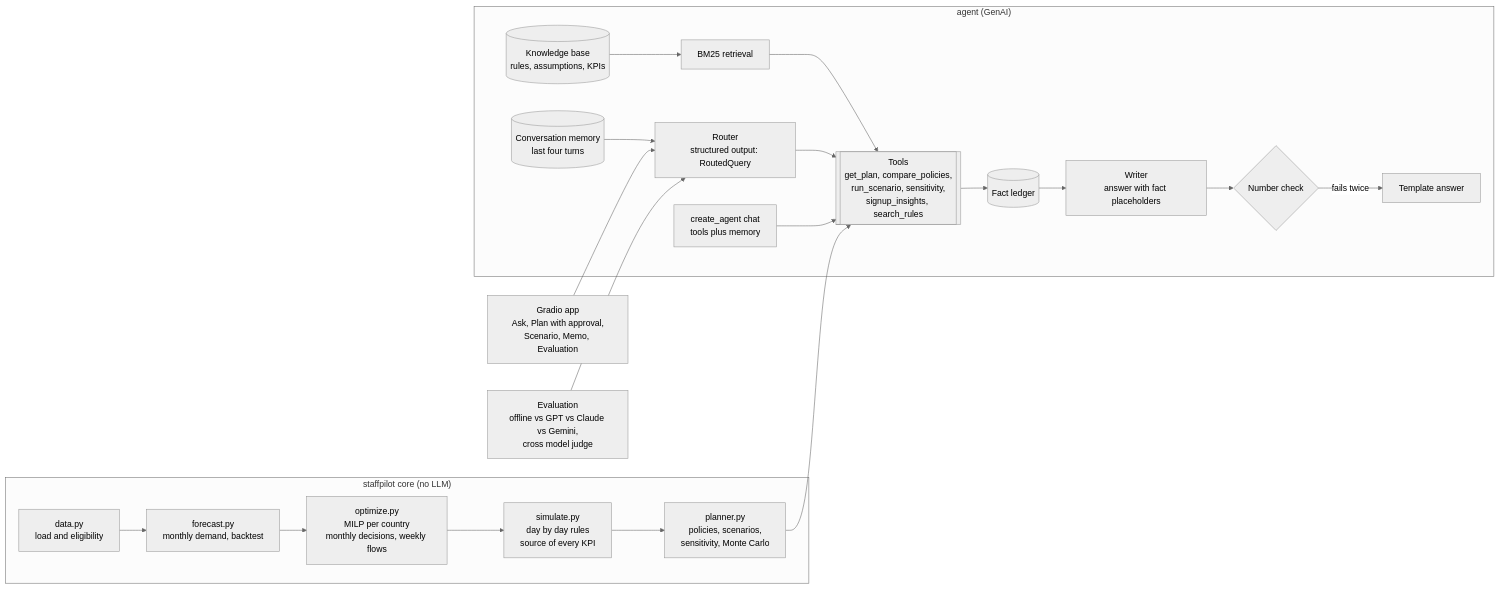
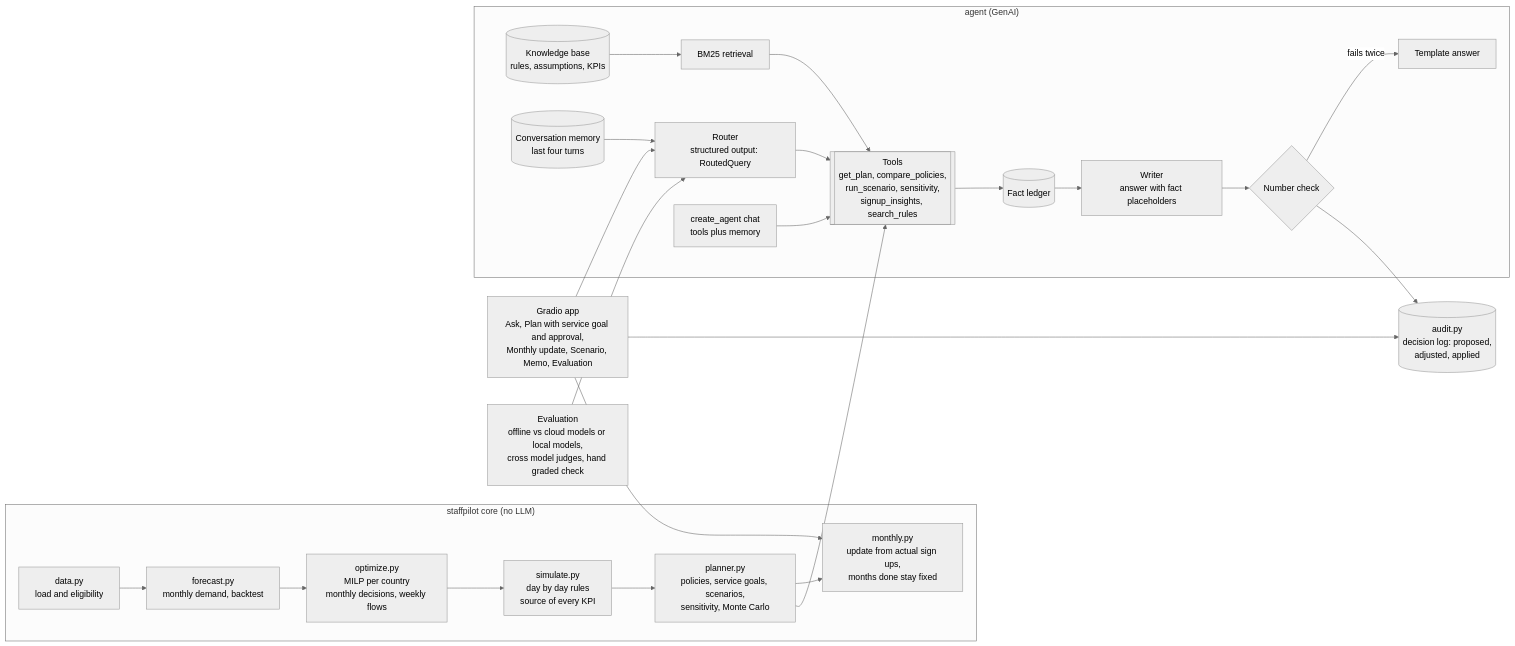
Before and after one commit to lequo-neu/staffpilot: the diagram in README.md, drawn with Mermaid (neutral theme). The commit also changed other lines of this file and 26 other files, not shown here.

First line of the commit message:
Add monthly plan updates, service goals and a decision log

````diff
--- a/README.md
+++ b/README.md
@@ -30,22 +84,26 @@
 ```mermaid
 flowchart LR
   subgraph Core["staffpilot core (no LLM)"]
     D[data.py<br/>load and eligibility] --> F[forecast.py<br/>monthly demand, backtest]
     F --> O[optimize.py<br/>MILP per country<br/>monthly decisions, weekly flows]
     O --> S[simulate.py<br/>day by day rules<br/>source of every KPI]
-    S --> P[planner.py<br/>policies, scenarios,<br/>sensitivity, Monte Carlo]
+    S --> P[planner.py<br/>policies, service goals, scenarios,<br/>sensitivity, Monte Carlo]
+    P --> MU[monthly.py<br/>update from actual sign ups,<br/>months done stay fixed]
   end
   subgraph Agent["agent (GenAI)"]
     R[Router<br/>structured output: RoutedQuery] --> T[[Tools<br/>get_plan, compare_policies,<br/>run_scenario, sensitivity,<br/>signup_insights, search_rules]]
     T --> L[(Fact ledger)]
     L --> W[Writer<br/>answer with fact placeholders]
     W --> V{Number check}
     V -- fails twice --> TF[Template answer]
     K[(Knowledge base<br/>rules, assumptions, KPIs)] --> RAG[BM25 retrieval] --> T
     CA[create_agent chat<br/>tools plus memory] --> T
     M[(Conversation memory<br/>last four turns)] --> R
   end
   P --> T
-  UI[Gradio app<br/>Ask, Plan with approval,<br/>Scenario, Memo, Evaluation] --> R
-  EV[Evaluation<br/>offline vs GPT vs Claude vs Gemini,<br/>cross model judge] --> R
+  UI[Gradio app<br/>Ask, Plan with service goal and approval,<br/>Monthly update, Scenario, Memo, Evaluation] --> R
+  UI --> MU
+  UI --> AU[(audit.py<br/>decision log: proposed,<br/>adjusted, applied)]
+  V --> AU
+  EV[Evaluation<br/>offline vs cloud models or local models,<br/>cross model judges, hand graded check] --> R
 ```
````
